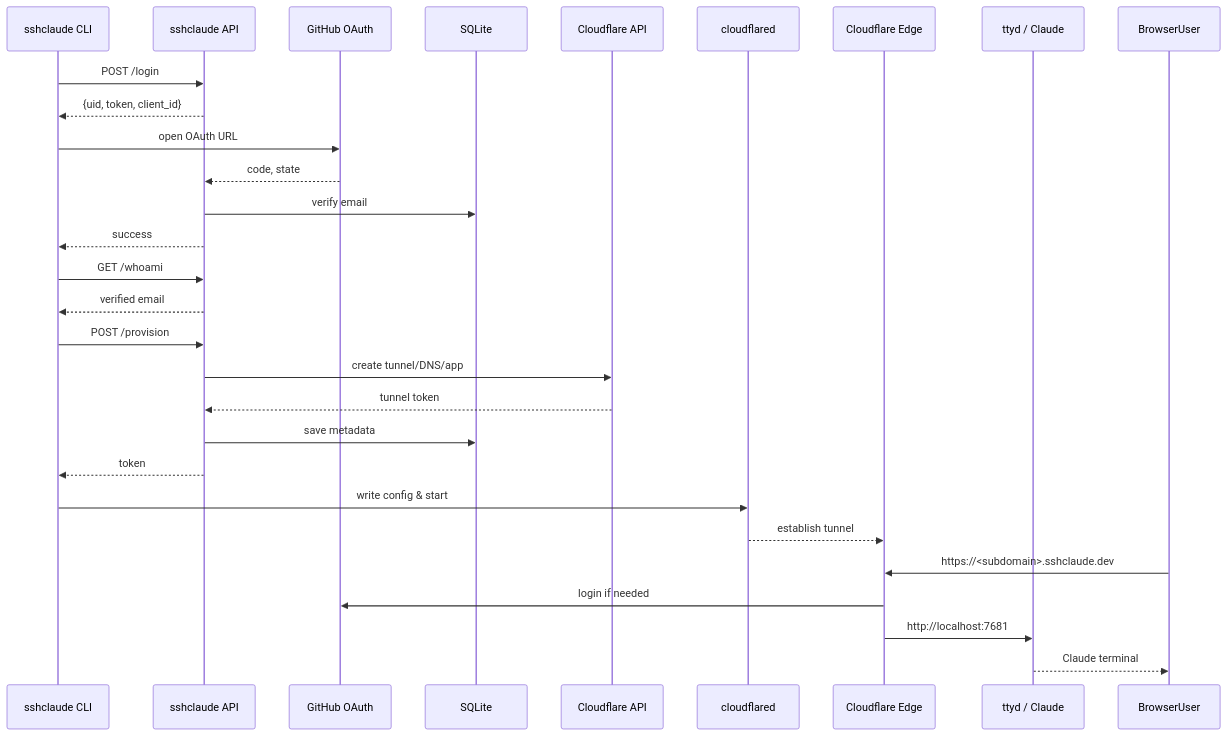
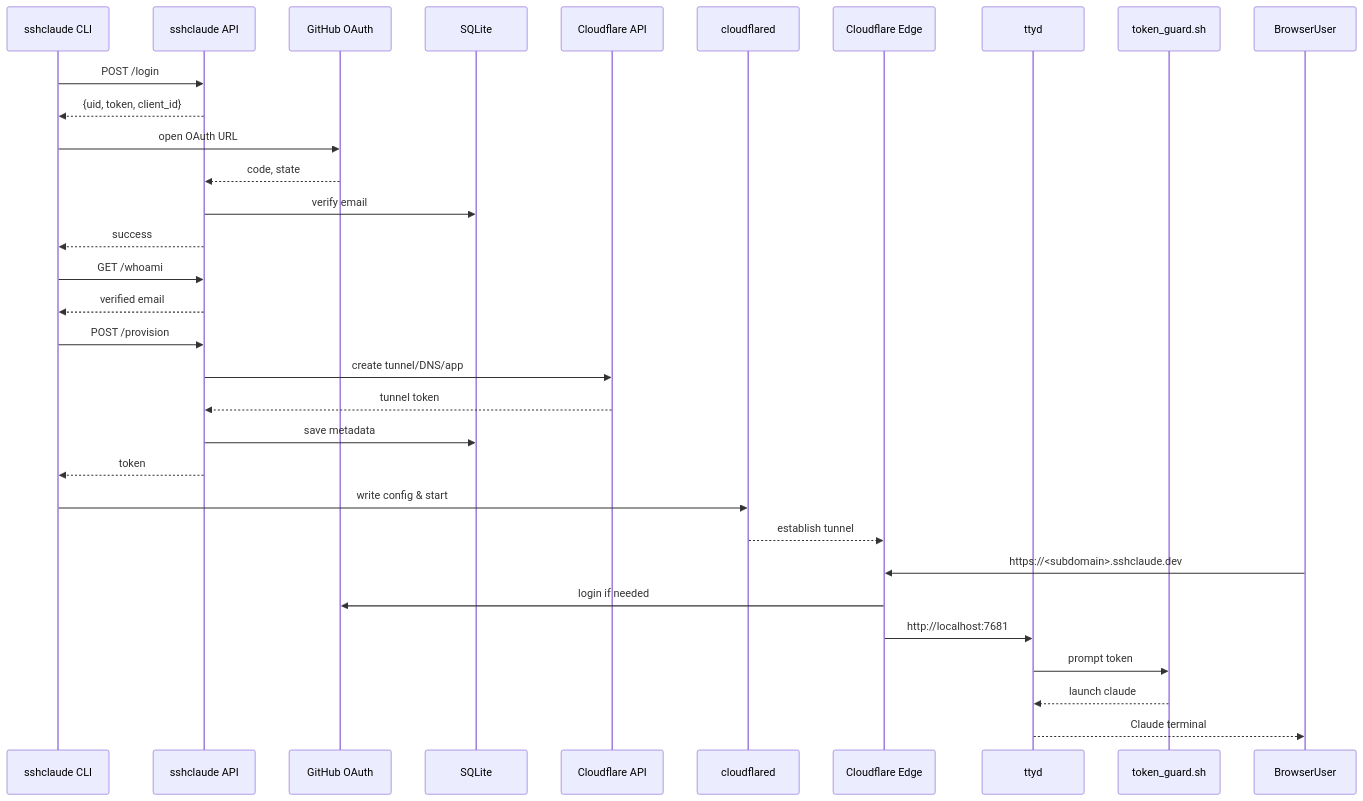
The diagram in README.md (sunilmallya-flip/sshclaude), drawn with Mermaid before and after one commit.

Commit message:
docs: show token guard in sequence diagram

````diff
--- a/README.md
+++ b/README.md
@@ -46,37 +46,40 @@
 ```mermaid
 sequenceDiagram
     participant CLI as sshclaude CLI
     participant API as sshclaude API
     participant GH as GitHub OAuth
     participant DB as SQLite
     participant CFAPI as Cloudflare API
     participant Launchd as cloudflared
     participant Edge as Cloudflare Edge
-    participant TTYD as ttyd / Claude
+    participant TTYD as ttyd
+    participant Guard as token_guard.sh
     participant Browser as BrowserUser
 
     CLI->>API: POST /login
     API-->>CLI: {uid, token, client_id}
 
     CLI->>GH: open OAuth URL
     GH-->>API: code, state
     API->>DB: verify email
     API-->>CLI: success
 
     CLI->>API: GET /whoami
     API-->>CLI: verified email
 
     CLI->>API: POST /provision
     API->>CFAPI: create tunnel/DNS/app
     CFAPI-->>API: tunnel token
     API->>DB: save metadata
     API-->>CLI: token
 
     CLI->>Launchd: write config & start
     Launchd-->>Edge: establish tunnel
 
     Browser->>Edge: https://<subdomain>.sshclaude.dev
     Edge->>GH: login if needed
     Edge->>TTYD: http://localhost:7681
+    TTYD->>Guard: prompt token
+    Guard-->>TTYD: launch claude
     TTYD-->>Browser: Claude terminal
 ```
````
